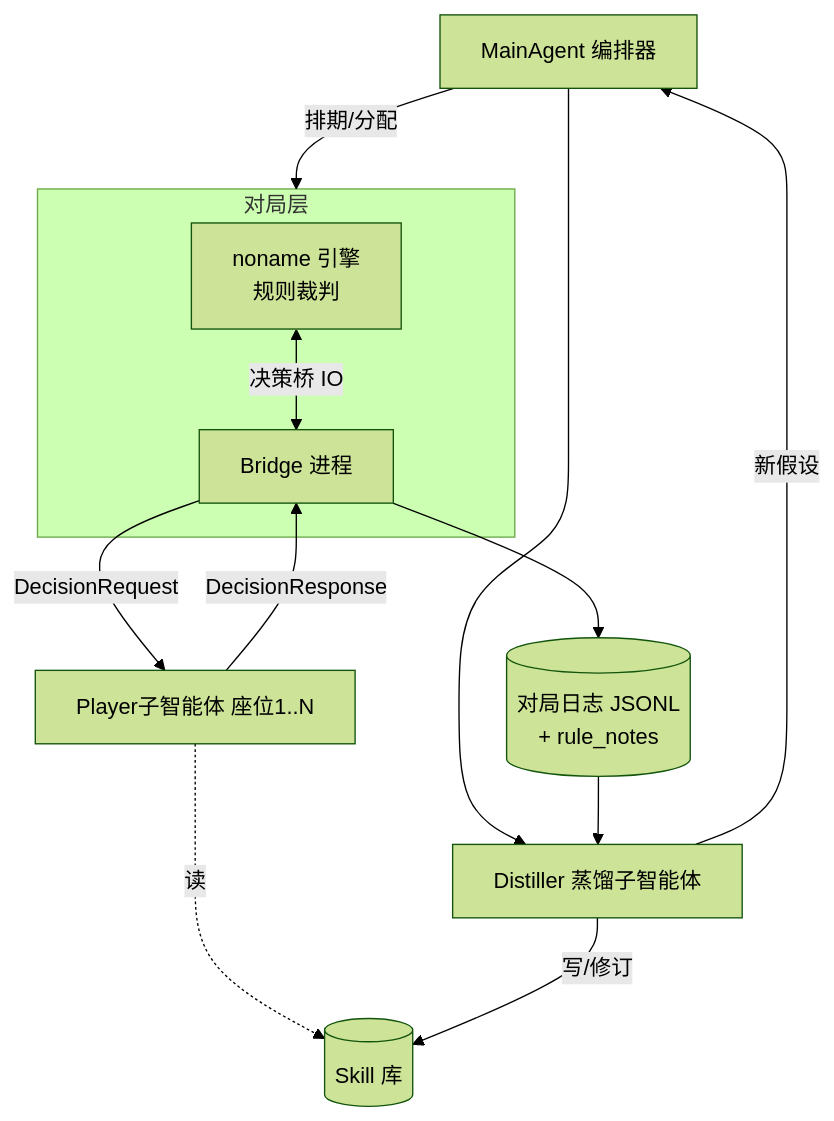
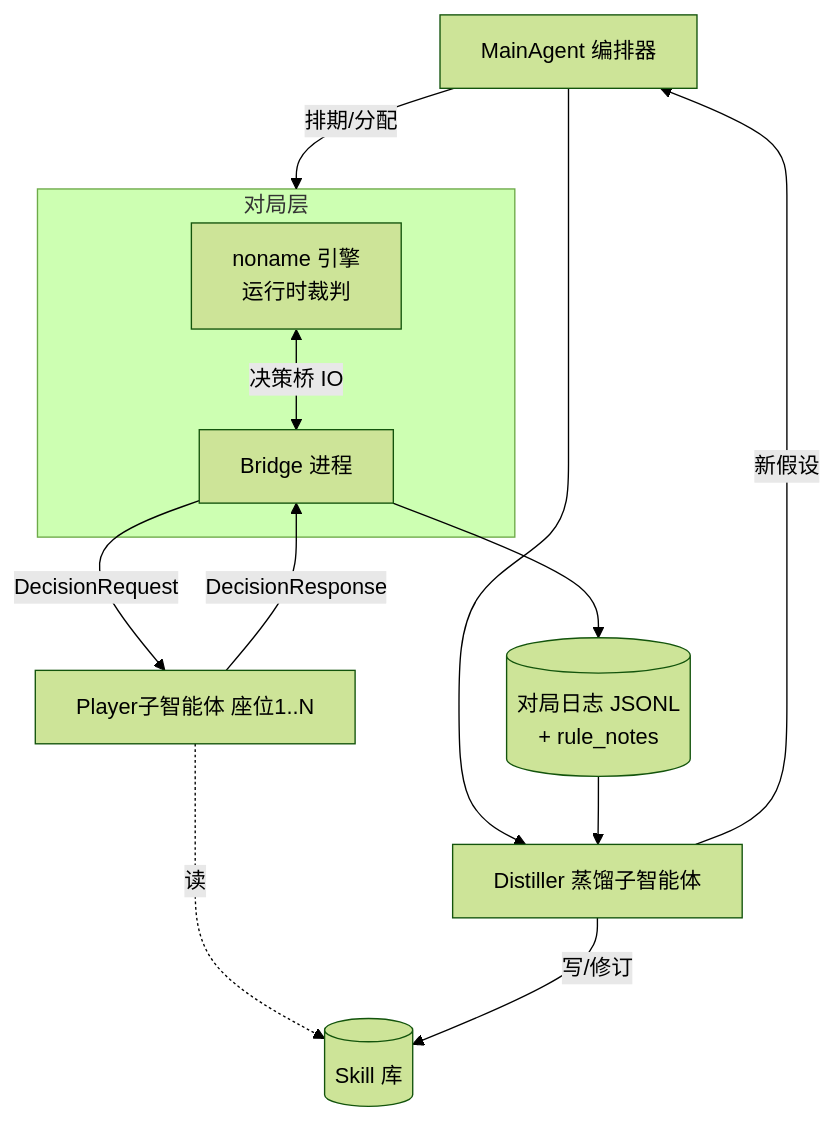
Before and after one commit to luosky6/xingbei-arena: the diagram in AGENTS.md, drawn with Mermaid (forest theme). The commit also changed other lines of this file and 104 other files, not shown here.

````diff
--- a/AGENTS.md
+++ b/AGENTS.md
@@ -29,15 +30,15 @@
 ```mermaid
 flowchart TB
     MA[MainAgent 编排器] -->|排期/分配| GE
     MA --> DST
     subgraph GE[对局层]
-      ENG[noname 引擎<br/>规则裁判] <-->|决策桥 IO| BR[Bridge 进程]
+      ENG[noname 引擎<br/>运行时裁判] <-->|决策桥 IO| BR[Bridge 进程]
     end
     BR -->|DecisionRequest| P1[Player子智能体 座位1..N]
     P1 -->|DecisionResponse| BR
     P1 -.读.-> SK[(Skill 库)]
     BR --> LOG[(对局日志 JSONL<br/>+ rule_notes)]
     LOG --> DST[Distiller 蒸馏子智能体]
     DST -->|写/修订| SK
     DST -->|新假设| MA
 ```
````
